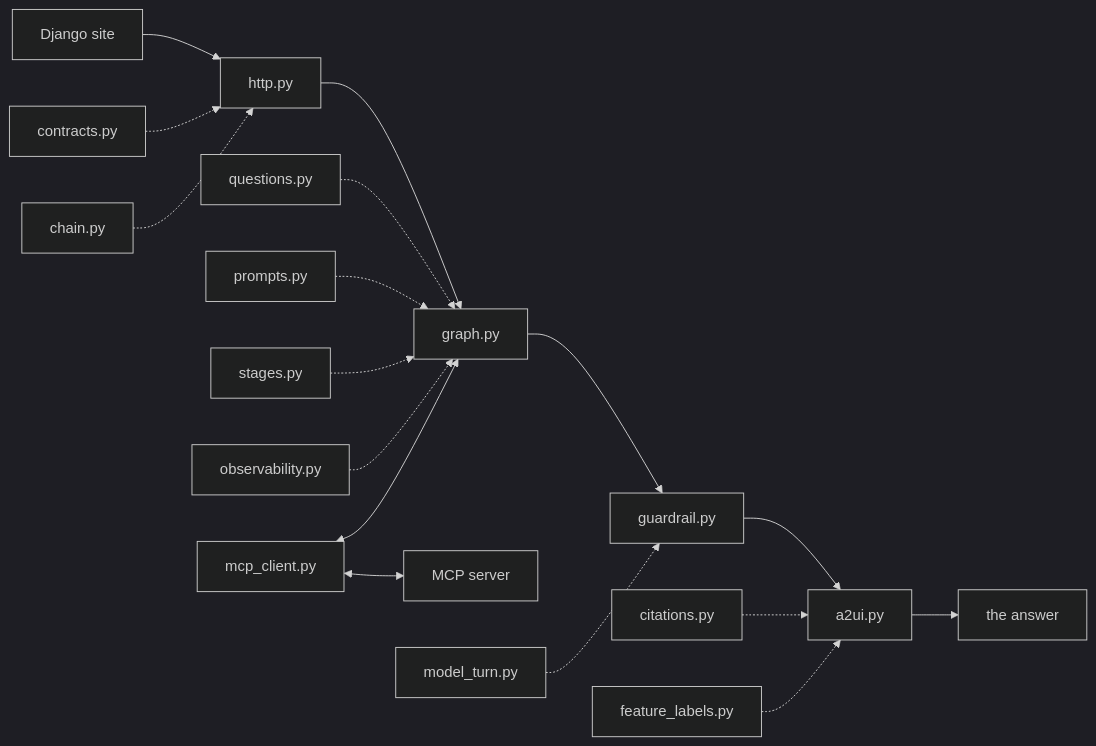
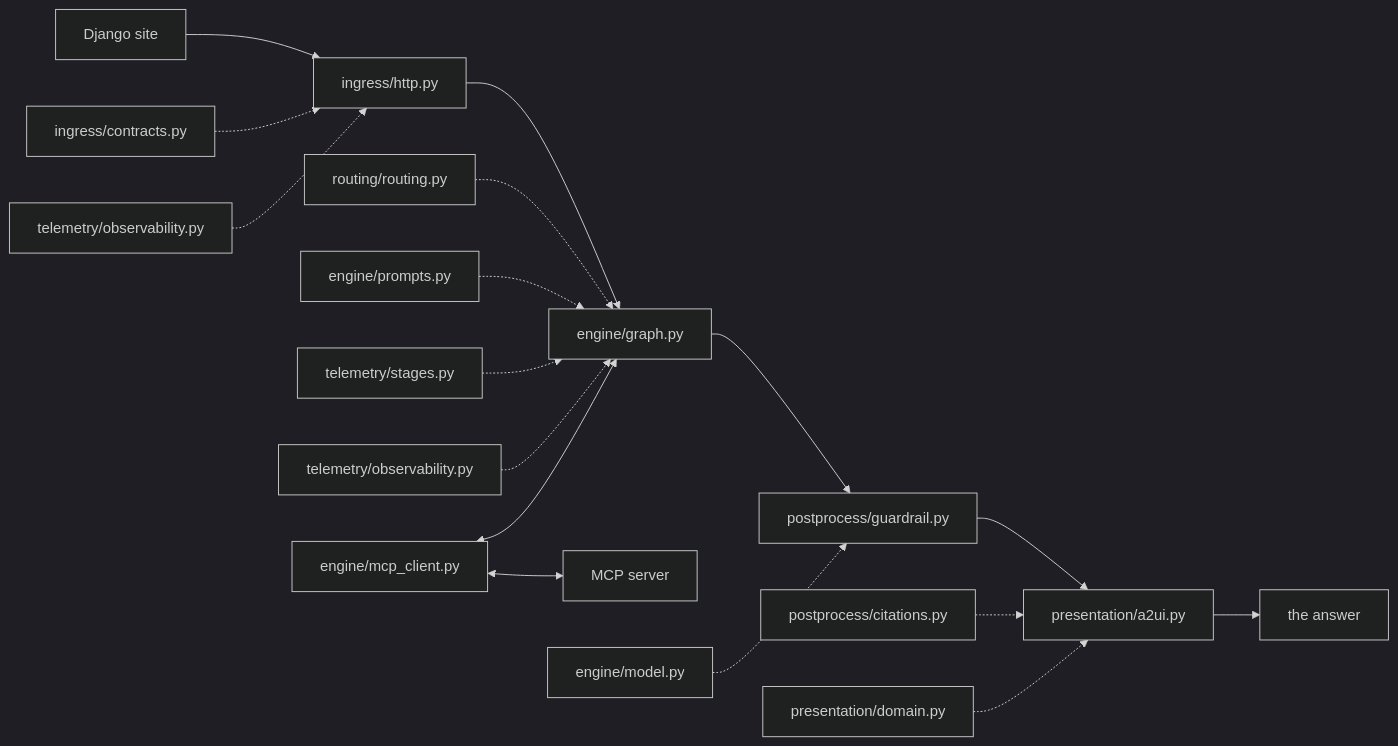
Before and after one commit to DanHerman212/enterprise_clinical_copilot: the diagram in services/agent/README.md, drawn with Mermaid (dark theme). The commit also changed other lines of this file and 2 other files, not shown here.

Commit message:
Phase 7 Milestone 2b: docs, README and counts
Corrects the plan's own arithmetic to the measured tree (28 flat files in, 26 out,
18 canonical modules) and records the three things Step B turned up that the plan
did not anticipate. README diagram and table repointed at the subpackage paths.
Phase 7 marked COMPLETE in the alignment plan.

````diff
--- a/services/agent/README.md
+++ b/services/agent/README.md
@@ -8,16 +8,16 @@
 ```mermaid
 flowchart LR
-  caller["Django site"] --> http["http.py"] --> flow["graph.py"] --> guard["guardrail.py"] --> canvas["a2ui.py"] --> out["the answer"]
+  caller["Django site"] --> http["ingress/http.py"] --> flow["engine/graph.py"] --> guard["postprocess/guardrail.py"] --> canvas["presentation/a2ui.py"] --> out["the answer"]
 
-  contracts["contracts.py"] -.-> http
-  chain["chain.py"] -.-> http
-  questions["questions.py"] -.-> flow
-  prompts["prompts.py"] -.-> flow
-  stages["stages.py"] -.-> flow
-  obs["observability.py"] -.-> flow
-  mcp["mcp_client.py"] <--> flow
+  contracts["ingress/contracts.py"] -.-> http
+  chain["telemetry/observability.py"] -.-> http
+  questions["routing/routing.py"] -.-> flow
+  prompts["engine/prompts.py"] -.-> flow
+  stages["telemetry/stages.py"] -.-> flow
+  obs["telemetry/observability.py"] -.-> flow
+  mcp["engine/mcp_client.py"] <--> flow
   mcp <--> tools["MCP server"]
-  turn["model_turn.py"] -.-> guard
-  cites["citations.py"] -.-> canvas
-  labels["feature_labels.py"] -.-> canvas
+  turn["engine/model.py"] -.-> guard
+  cites["postprocess/citations.py"] -.-> canvas
+  labels["presentation/domain.py"] -.-> canvas
 ```
````
